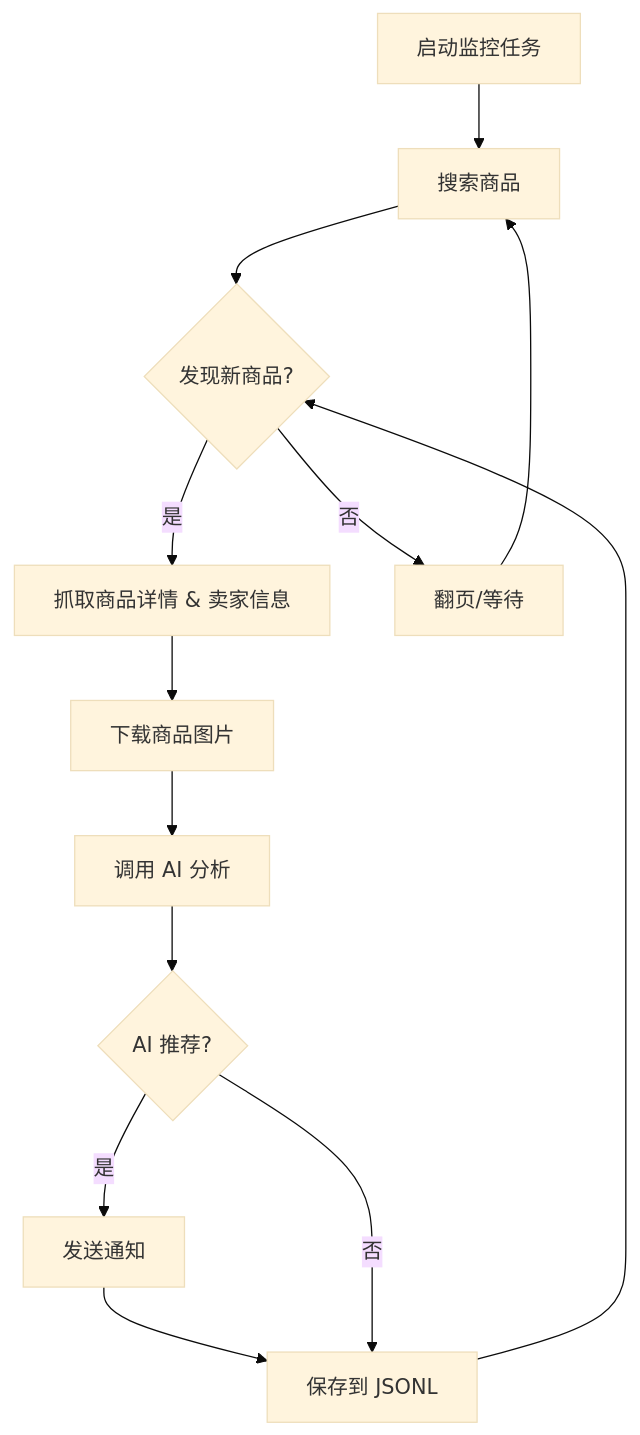
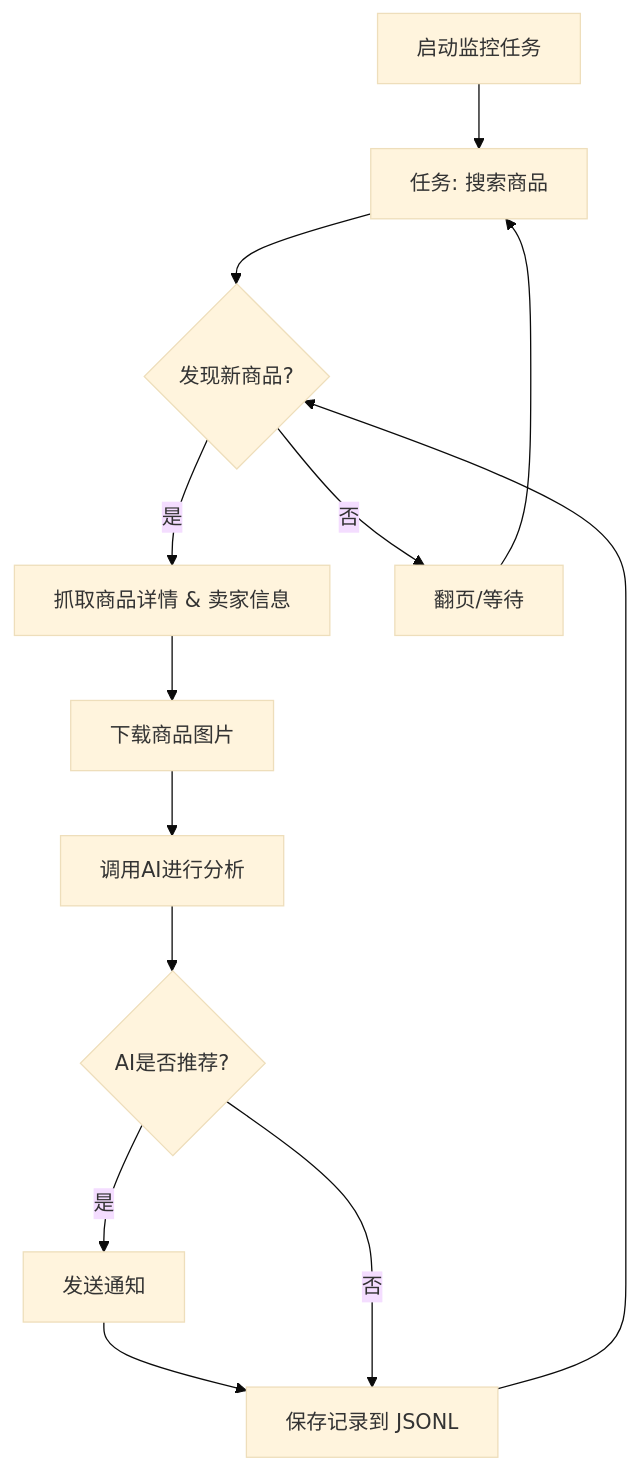
The diagram in README.md (lihrs/ai-goofish-monitor), drawn with Mermaid (base theme) before and after one commit. The commit also changed other lines of this file, not shown here.

````diff
--- a/README.md
+++ b/README.md
@@ -187,15 +148,15 @@
 ```mermaid
 graph TD
-    A[启动监控任务] --> B[搜索商品]
-    B --> C{发现新商品?}
-    C -- 是 --> D[抓取商品详情 & 卖家信息]
-    D --> E[下载商品图片]
-    E --> F[调用 AI 分析]
-    F --> G{AI 推荐?}
-    G -- 是 --> H[发送通知]
-    H --> I[保存到 JSONL]
-    G -- 否 --> I
-    C -- 否 --> J[翻页/等待]
-    J --> B
-    I --> C
+    A[启动监控任务] --> B[任务: 搜索商品];
+    B --> C{发现新商品?};
+    C -- 是 --> D[抓取商品详情 & 卖家信息];
+    D --> E[下载商品图片];
+    E --> F[调用AI进行分析];
+    F --> G{AI是否推荐?};
+    G -- 是 --> H[发送通知];
+    H --> I[保存记录到 JSONL];
+    G -- 否 --> I;
+    C -- 否 --> J[翻页/等待];
+    J --> B;
+    I --> C;
 ```
````
